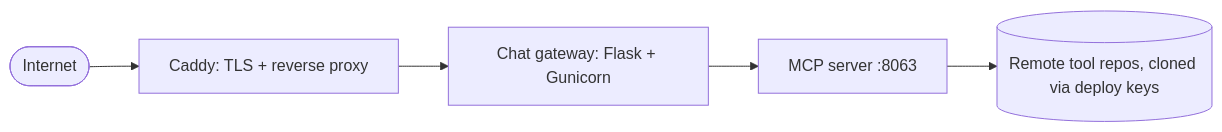
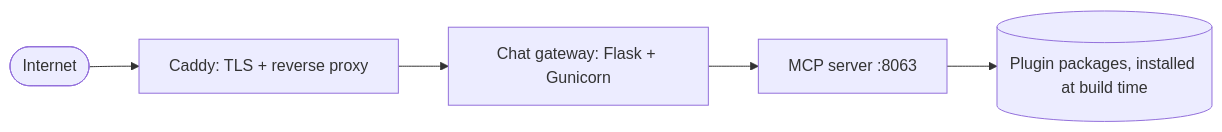
Before and after one commit to okfn/mcp-docs: the diagram in docs/operations/deployment.md, drawn with Mermaid. The commit also changed other lines of this file and 3 other files, not shown here.

````diff
--- a/docs/operations/deployment.md
+++ b/docs/operations/deployment.md
@@ -14,7 +14,7 @@
 ```mermaid
 flowchart LR
     internet([Internet]) --> caddy[Caddy: TLS + reverse proxy]
     caddy --> gateway[Chat gateway: Flask + Gunicorn]
     gateway --> server[MCP server :8063]
-    server --> tools[(Remote tool repos, cloned via deploy keys)]
+    server --> tools[(Plugin packages, installed at build time)]
 ```
````
